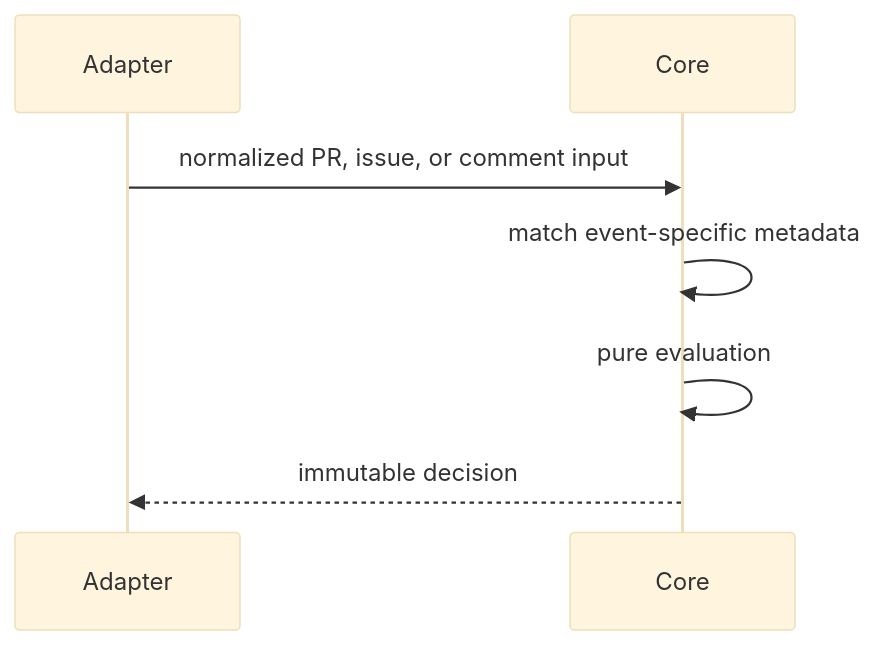
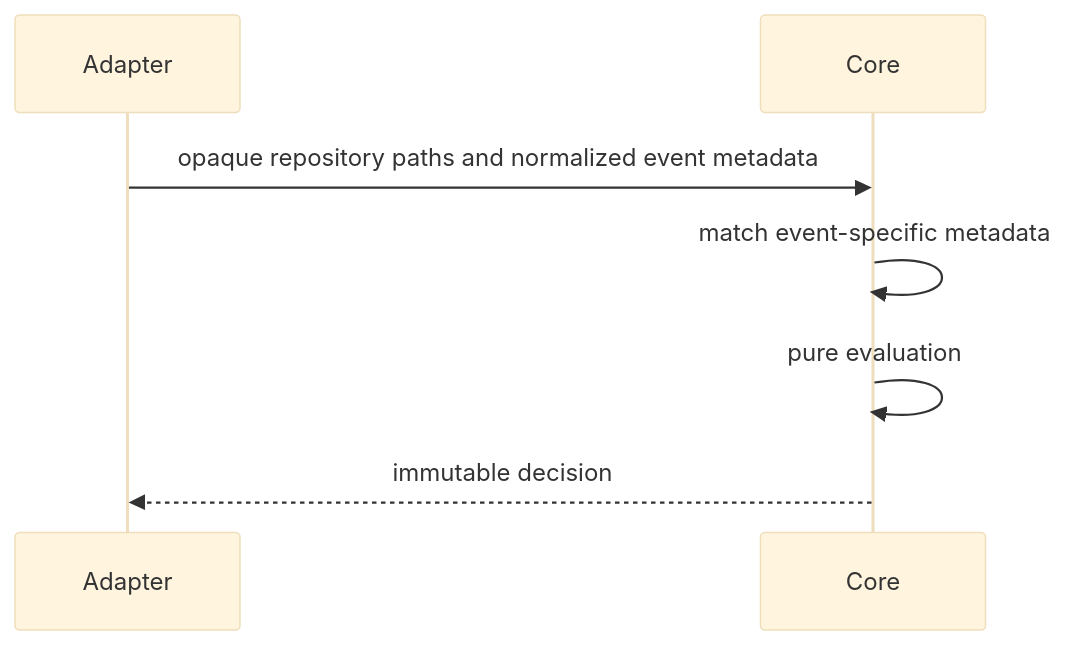
The third of 4 diagrams in packages/core/AGENTS.md (streamentry/AGENTOWNERS), drawn with Mermaid (base theme) before and after one commit. The commit also changed other lines of this file and 13 other files, not shown here.

````diff
--- a/packages/core/AGENTS.md
+++ b/packages/core/AGENTS.md
@@ -61,9 +62,9 @@
 ```mermaid
 sequenceDiagram
   participant Adapter
   participant Core
-  Adapter->>Core: normalized PR, issue, or comment input
+  Adapter->>Core: opaque repository paths and normalized event metadata
   Core->>Core: match event-specific metadata
   Core->>Core: pure evaluation
   Core-->>Adapter: immutable decision
 ```
````
